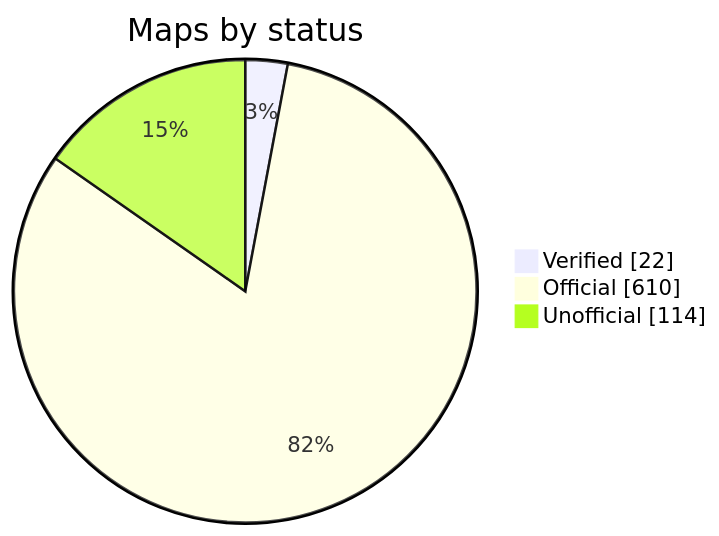
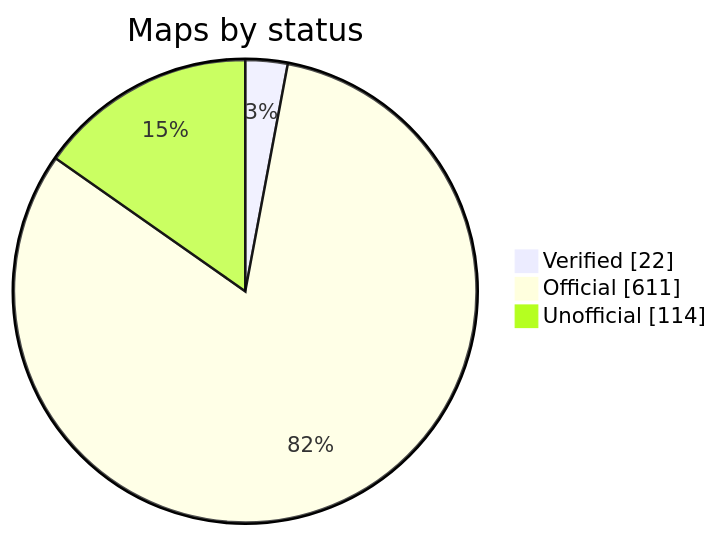
The diagram in README.md (nobrega8/mbmap-library), drawn with Mermaid before and after one commit. The commit also changed 6 other files, not shown here.

Commit message:
Add the Contech FT1 thermal mass flow meter map (closes #478) (#549)

````diff
--- a/README.md
+++ b/README.md
@@ -52,7 +52,7 @@
 ```mermaid
 pie showData
     title Maps by status
     "Verified" : 22
-    "Official" : 610
+    "Official" : 611
     "Unofficial" : 114
 ```
````
